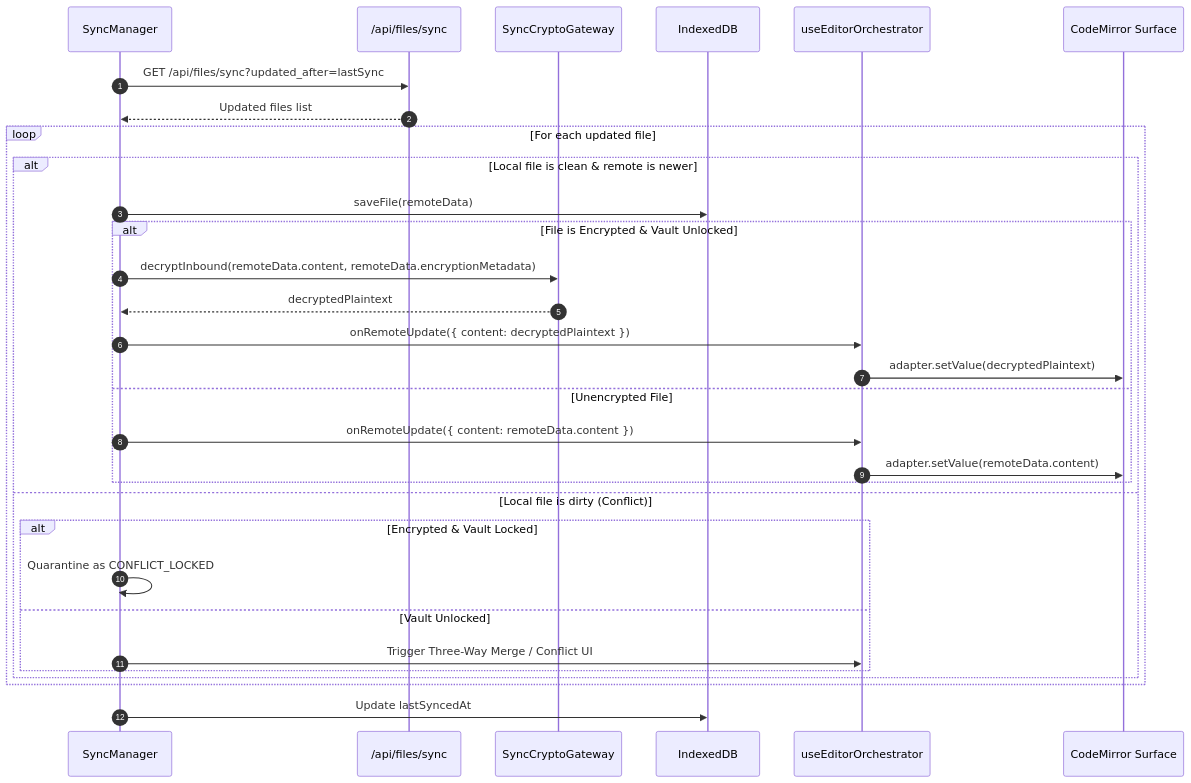
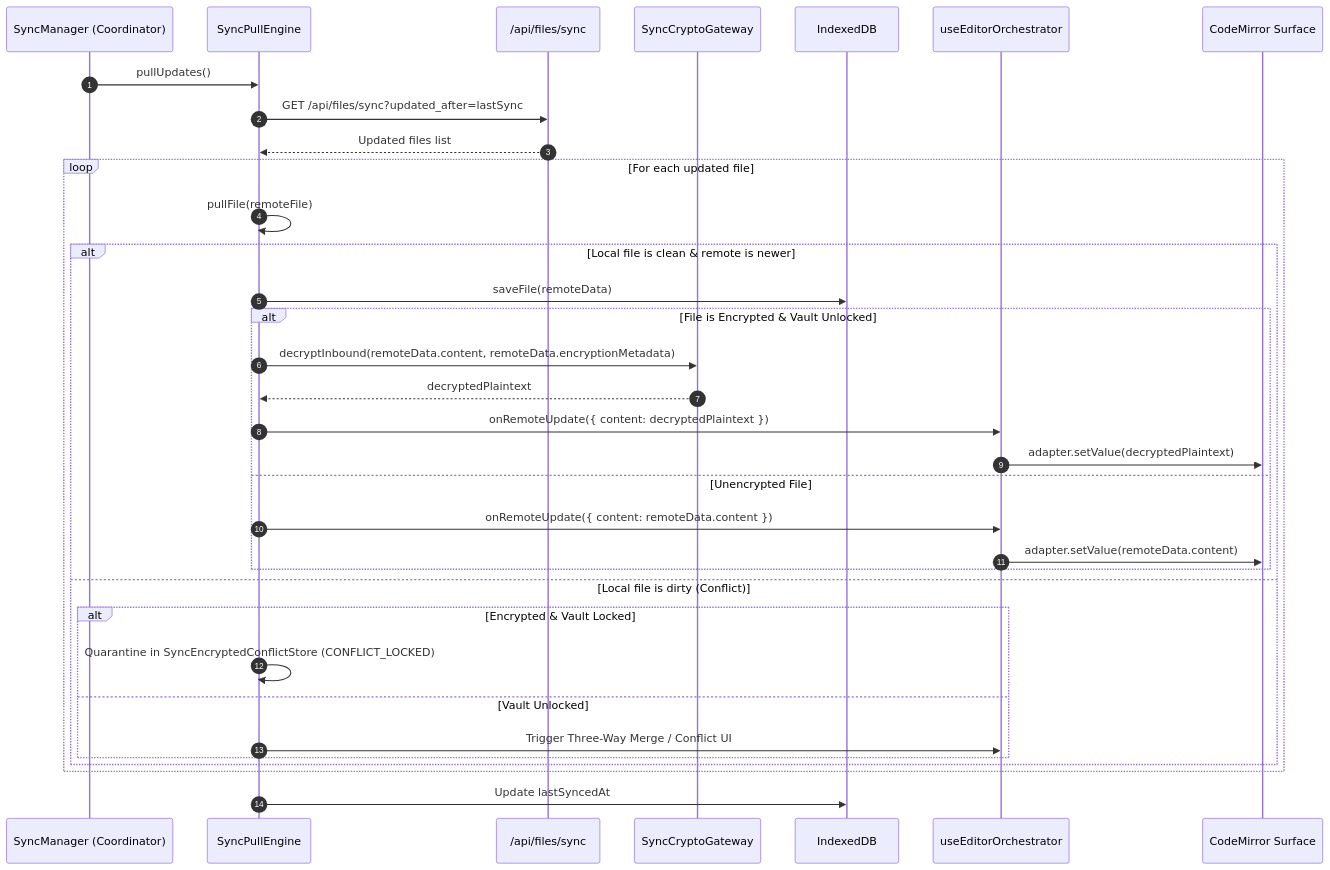
One commit to Abdullah931-stack/LUGX changed the third of 4 diagrams in docs/architecture/sync/sync-architecture-overview.md. Above: the diagram before and after it, drawn with Mermaid. The commit also changed other lines of this file and 12 other files, not shown here.

````diff
--- a/docs/architecture/sync/sync-architecture-overview.md
+++ b/docs/architecture/sync/sync-architecture-overview.md
@@ -135,34 +141,37 @@
 ```mermaid
 sequenceDiagram
     autonumber
-    participant Sync as SyncManager
+    participant Sync as SyncManager (Coordinator)
+    participant Pull as SyncPullEngine
     participant API as /api/files/sync
     participant GW as SyncCryptoGateway
     participant IDB as IndexedDB
     participant Orch as useEditorOrchestrator
     participant CM as CodeMirror Surface
 
-    Sync->>API: GET /api/files/sync?updated_after=lastSync
-    API-->>Sync: Updated files list
+    Sync->>Pull: pullUpdates()
+    Pull->>API: GET /api/files/sync?updated_after=lastSync
+    API-->>Pull: Updated files list
     loop For each updated file
+        Pull->>Pull: pullFile(remoteFile)
         alt Local file is clean & remote is newer
-            Sync->>IDB: saveFile(remoteData)
+            Pull->>IDB: saveFile(remoteData)
             alt File is Encrypted & Vault Unlocked
-                Sync->>GW: decryptInbound(remoteData.content, remoteData.encryptionMetadata)
-                GW-->>Sync: decryptedPlaintext
-                Sync->>Orch: onRemoteUpdate({ content: decryptedPlaintext })
+                Pull->>GW: decryptInbound(remoteData.content, remoteData.encryptionMetadata)
+                GW-->>Pull: decryptedPlaintext
+                Pull->>Orch: onRemoteUpdate({ content: decryptedPlaintext })
                 Orch->>CM: adapter.setValue(decryptedPlaintext)
             else Unencrypted File
-                Sync->>Orch: onRemoteUpdate({ content: remoteData.content })
+                Pull->>Orch: onRemoteUpdate({ content: remoteData.content })
                 Orch->>CM: adapter.setValue(remoteData.content)
             end
         else Local file is dirty (Conflict)
             alt Encrypted & Vault Locked
-                Sync->>Sync: Quarantine as CONFLICT_LOCKED
+                Pull->>Pull: Quarantine in SyncEncryptedConflictStore (CONFLICT_LOCKED)
             else Vault Unlocked
-                Sync->>Orch: Trigger Three-Way Merge / Conflict UI
+                Pull->>Orch: Trigger Three-Way Merge / Conflict UI
             end
         end
     end
-    Sync->>IDB: Update lastSyncedAt
+    Pull->>IDB: Update lastSyncedAt
 ```
````
